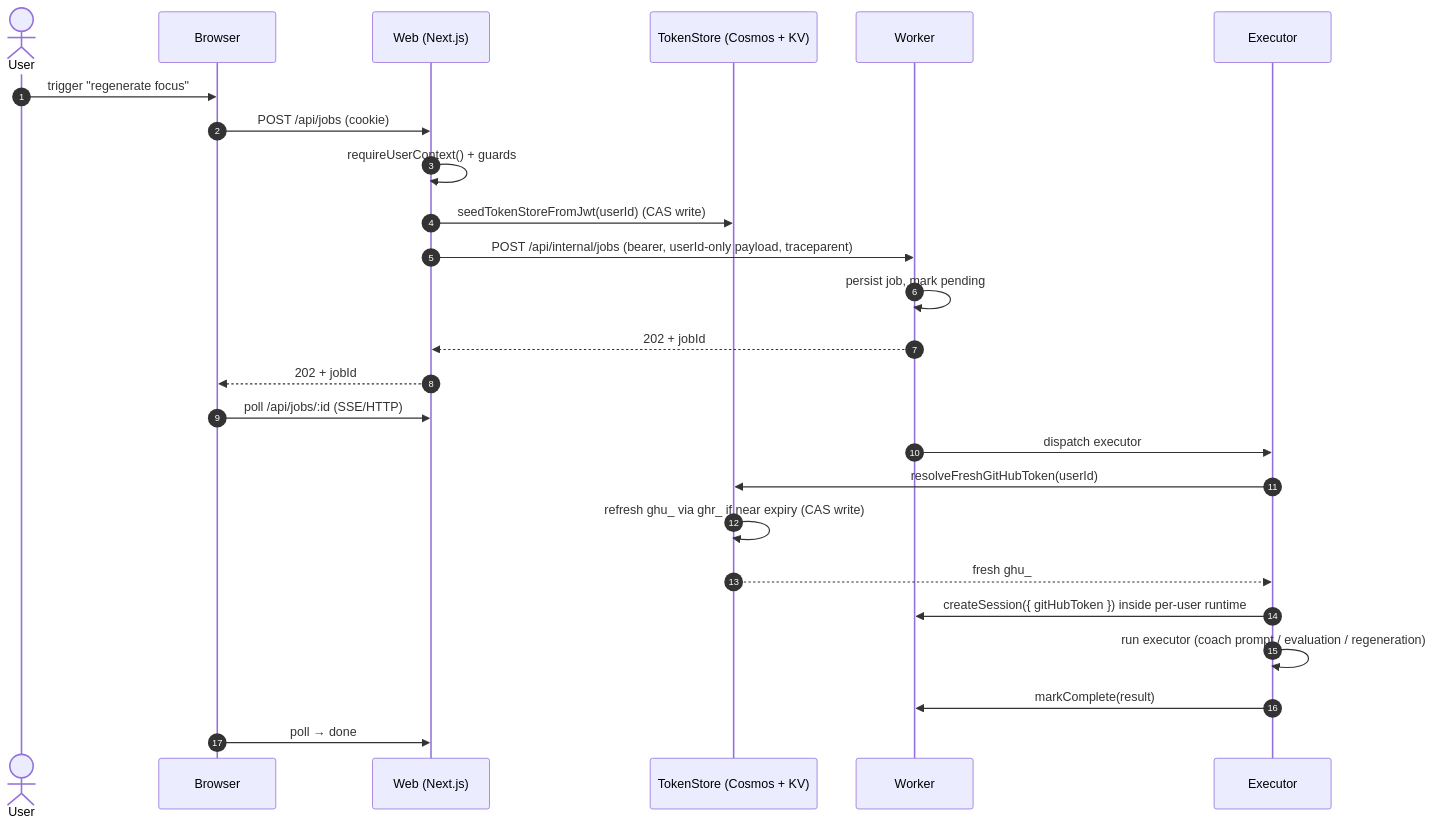
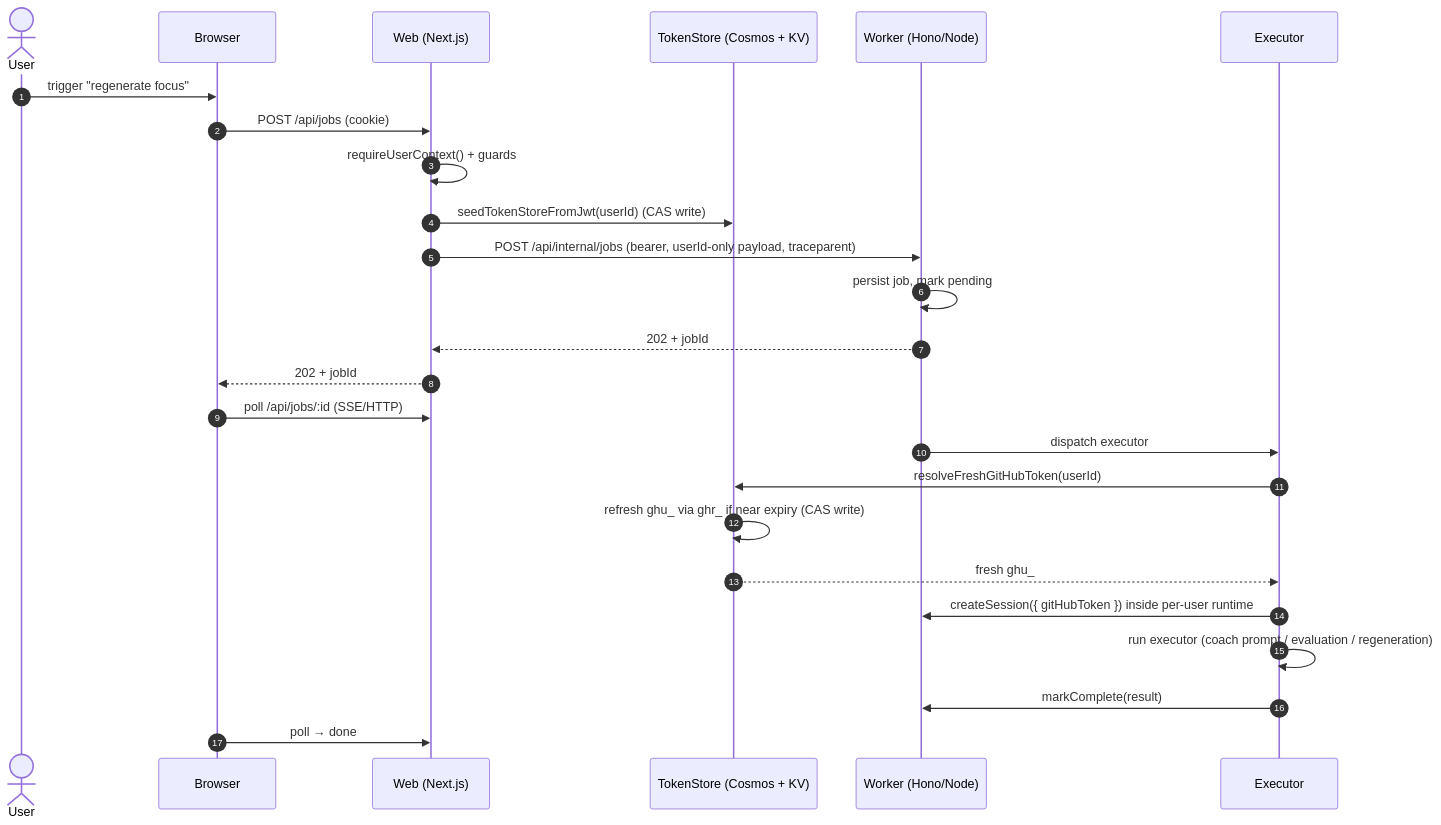
Before and after one commit to chrisreddington/flight-school: the third of 6 diagrams in docs/architecture.md, drawn with Mermaid. The commit also changed other lines of this file and 61 other files, not shown here.

````diff
--- a/docs/architecture.md
+++ b/docs/architecture.md
@@ -313,28 +321,28 @@
 ```mermaid
 sequenceDiagram
     autonumber
     actor U as User
     participant B as Browser
     participant W as Web (Next.js)
     participant TS as TokenStore (Cosmos + KV)
-    participant K as Worker
+    participant K as Worker (Hono/Node)
     participant E as Executor
 
     U->>B: trigger "regenerate focus"
     B->>W: POST /api/jobs (cookie)
     W->>W: requireUserContext() + guards
     W->>TS: seedTokenStoreFromJwt(userId) (CAS write)
     W->>K: POST /api/internal/jobs (bearer, userId-only payload, traceparent)
     K->>K: persist job, mark pending
     K-->>W: 202 + jobId
     W-->>B: 202 + jobId
     B->>W: poll /api/jobs/:id (SSE/HTTP)
     K->>E: dispatch executor
     E->>TS: resolveFreshGitHubToken(userId)
     TS->>TS: refresh ghu_ via ghr_ if near expiry (CAS write)
     TS-->>E: fresh ghu_
     E->>K: createSession({ gitHubToken }) inside per-user runtime
     E->>E: run executor (coach prompt / evaluation / regeneration)
     E->>K: markComplete(result)
     B->>W: poll → done
 ```
````
